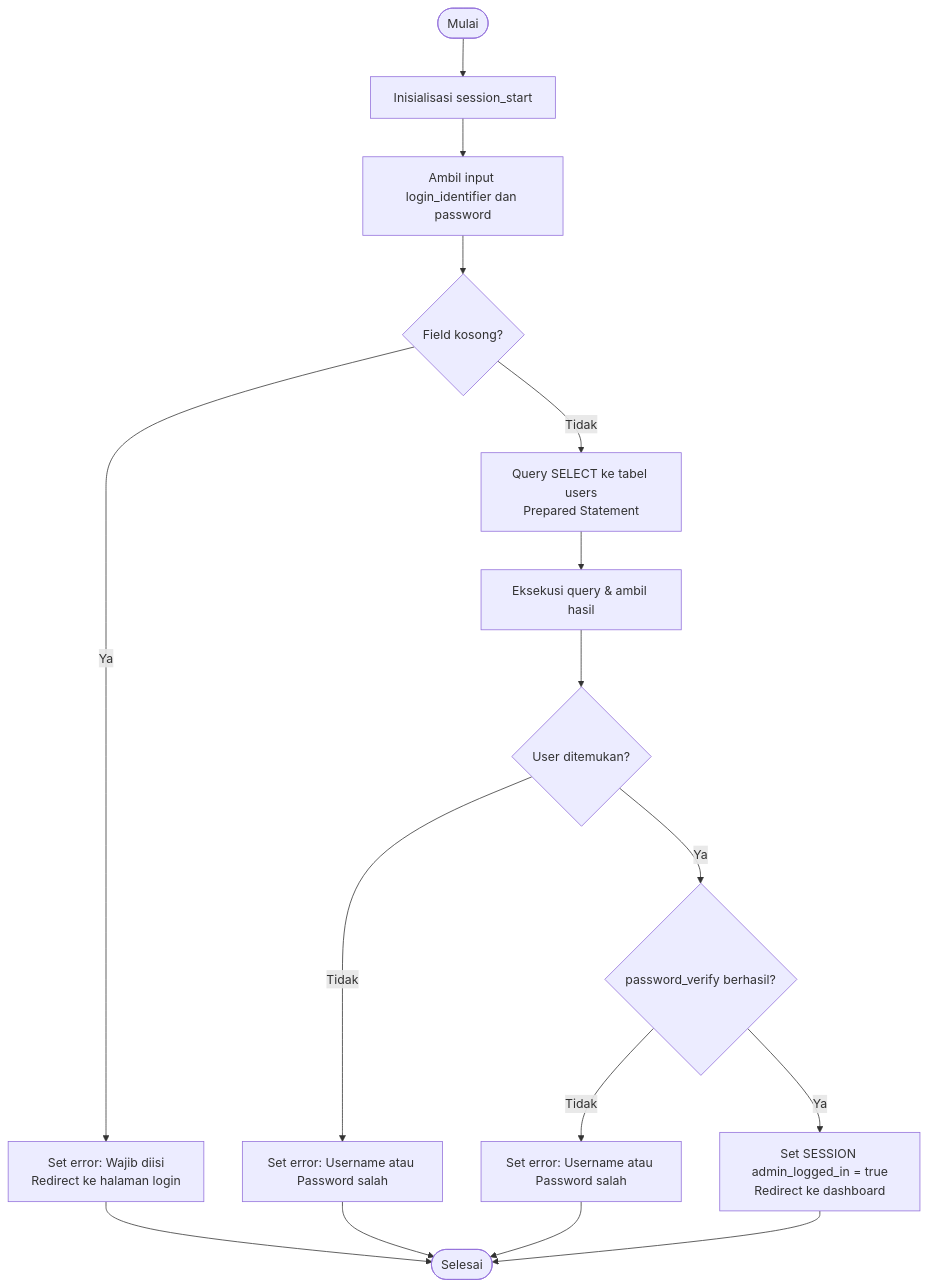
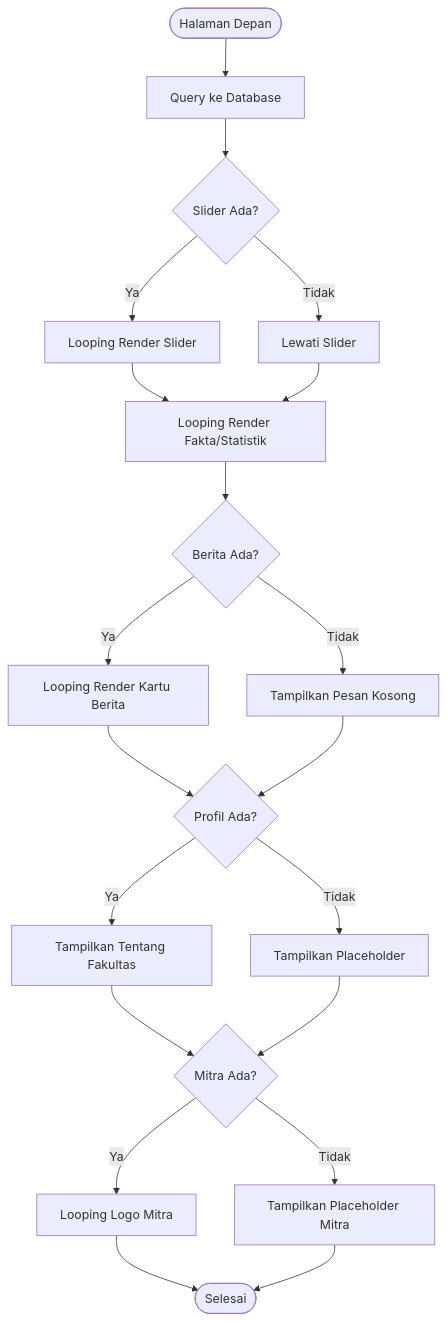
Before and after one commit to arbain-dev/Web_fikom: the first of 2 diagrams in docs/07_PENGUJIAN_WHITE_BOX.md, drawn with Mermaid. The commit also changed other lines of this file, not shown here.

````diff
--- a/docs/07_PENGUJIAN_WHITE_BOX.md
+++ b/docs/07_PENGUJIAN_WHITE_BOX.md
@@ -58,18 +45,18 @@
 ```mermaid
 flowchart TD
-    A([Mulai]) --> B[Inisialisasi session_start]
-    B --> C[Ambil input login_identifier dan password]
-    C --> D{Field kosong?}
-    D -- Ya --> E[Set error: Wajib diisi\nRedirect ke halaman login]
-    E --> L([Selesai])
-    D -- Tidak --> F[Query SELECT ke tabel users\nPrepared Statement]
-    F --> G[Eksekusi query & ambil hasil]
-    G --> H{User ditemukan?}
-    H -- Tidak --> I[Set error: Username atau Password salah]
-    I --> L
-    H -- Ya --> J{password_verify berhasil?}
-    J -- Tidak --> K[Set error: Username atau Password salah]
-    K --> L
-    J -- Ya --> M[Set SESSION admin_logged_in = true\nRedirect ke dashboard]
-    M --> L
+    A([Halaman Depan]) --> B[Query ke Database]
+    B --> C{Slider Ada?}
+    C -- Ya --> D[Looping Render Slider]
+    C -- Tidak --> E[Lewati Slider]
+    D & E --> F[Looping Render Fakta/Statistik]
+    F --> G{Berita Ada?}
+    G -- Ya --> H[Looping Render Kartu Berita]
+    G -- Tidak --> I[Tampilkan Pesan Kosong]
+    H & I --> J{Profil Ada?}
+    J -- Ya --> K[Tampilkan Tentang Fakultas]
+    J -- Tidak --> L[Tampilkan Placeholder]
+    K & L --> M{Mitra Ada?}
+    M -- Ya --> N[Looping Logo Mitra]
+    M -- Tidak --> O[Tampilkan Placeholder Mitra]
+    N & O --> P([Selesai])
 ```
````
